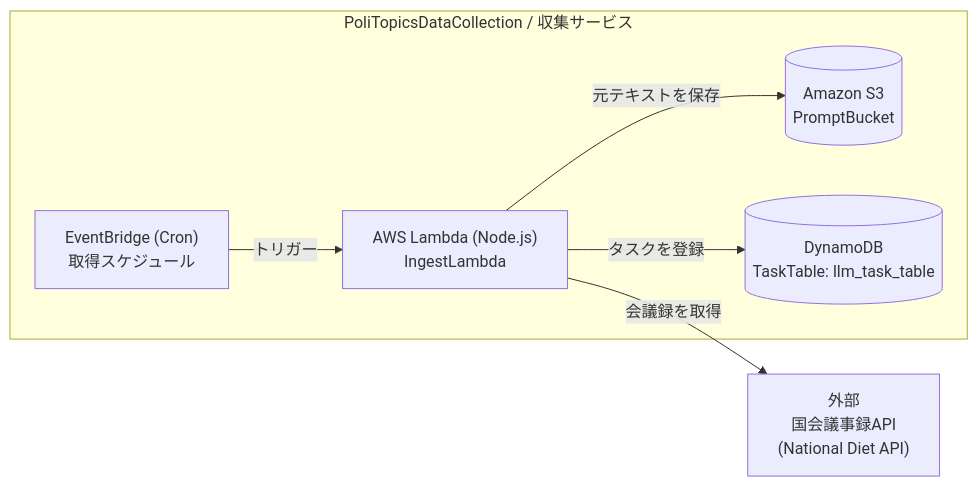
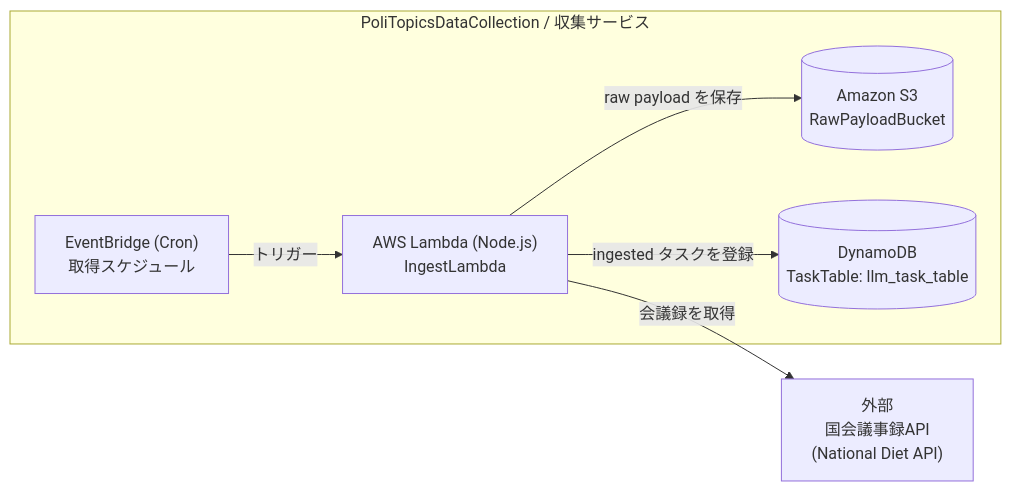
The diagram in jp/readme.md (Keyhole-Koro/PoliTopicsDataCollection), drawn with Mermaid before and after one commit. The commit also changed other lines of this file and 21 other files, not shown here.

Commit message:
refactor: store raw payloads to S3 and create ingested tasks feat: ingest NDL payloads to S3 and record raw_url refactor: drop prompt generation and keep ingestion-only flow

````diff
--- a/jp/readme.md
+++ b/jp/readme.md
@@ -8,17 +8,17 @@
 ```mermaid
 flowchart LR
   %% ========== Data Collection ==========
   subgraph DC[PoliTopicsDataCollection / 収集サービス]
     IngestSchedule["EventBridge (Cron)<br/>取得スケジュール"]
     IngestLambda["AWS Lambda (Node.js)<br/>IngestLambda"]
-    PromptBucket[(Amazon S3<br/>PromptBucket)]
+    PromptBucket[(Amazon S3<br/>RawPayloadBucket)]
     TaskTable[(DynamoDB<br/>TaskTable: llm_task_table)]
   end
 
   NationalDietAPI["外部<br/>国会議事録API<br/>(National Diet API)"]
 
   IngestSchedule -->|トリガー| IngestLambda
   IngestLambda -->|会議録を取得| NationalDietAPI
-  IngestLambda -->|元テキストを保存| PromptBucket
-  IngestLambda -->|タスクを登録| TaskTable
+  IngestLambda -->|raw payload を保存| PromptBucket
+  IngestLambda -->|ingested タスクを登録| TaskTable
 ```
````
